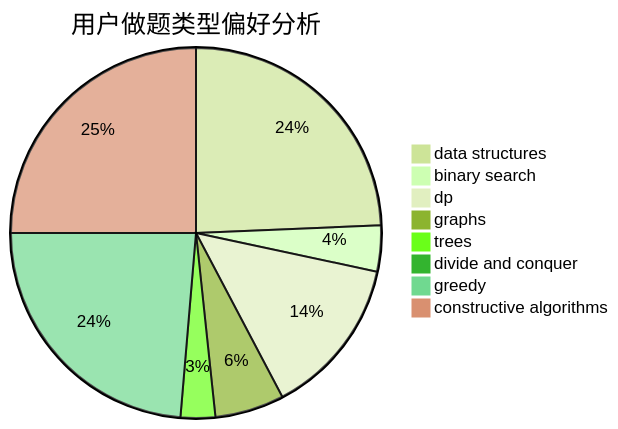
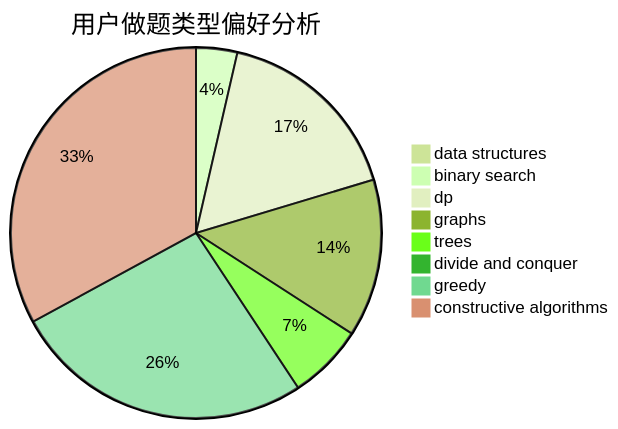
Before and after one commit to sherpahu/cfrs.github.io: the second of 3 diagrams in docs/user/u2363.md, drawn with Mermaid (forest theme). The commit also changed other lines of this file and 2770 other files, not shown here.

````diff
--- a/docs/user/u2363.md
+++ b/docs/user/u2363.md
@@ -23,11 +23,11 @@
 ```mermaid
 pie title 用户做题类型偏好分析
-    "data structures" :  145
-    "binary search" :  24
-    "dp" :  83
-    "graphs" :  36
-    "trees" :  18
+    "data structures" :  1
+    "binary search" :  6
+    "dp" :  28
+    "graphs" :  23
+    "trees" :  11
     "divide and conquer" :  0
-    "greedy" :  141
-    "constructive algorithms" :  149
+    "greedy" :  44
+    "constructive algorithms" :  55
 ```
````
